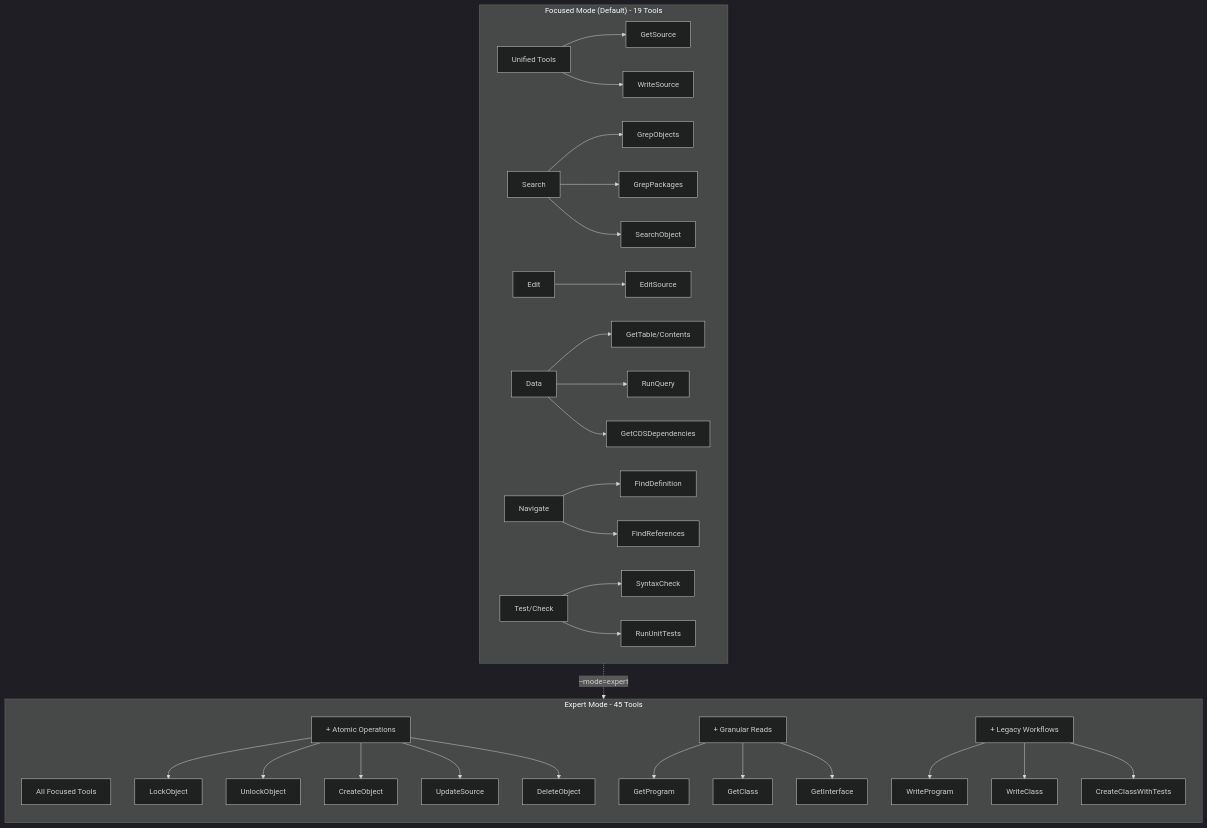
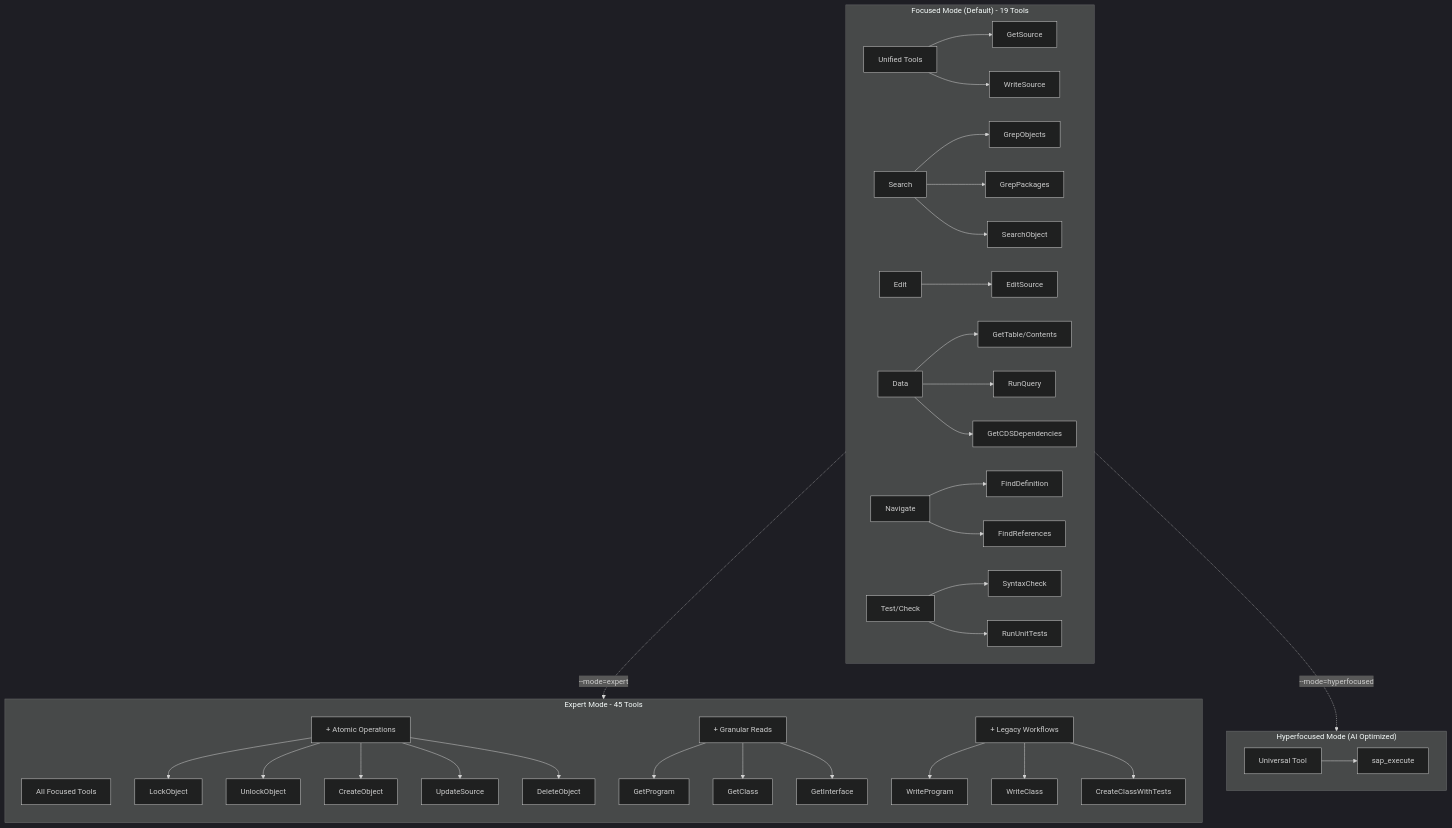
One commit to 5throck/abap_vibe_coding changed the first of 6 diagrams in MCP_USAGE.md. Above: the diagram before and after it, drawn with Mermaid (dark theme). The commit also changed other lines of this file and 13 other files, not shown here.

````diff
--- a/MCP_USAGE.md
+++ b/MCP_USAGE.md
@@ -61,52 +61,58 @@
 ```mermaid
 flowchart TD
     subgraph Focused["Focused Mode (Default) - 19 Tools"]
         U[Unified Tools]
         U --> GS[GetSource]
         U --> WS[WriteSource]
 
         S[Search]
         S --> GO[GrepObjects]
         S --> GP[GrepPackages]
         S --> SO[SearchObject]
 
         E[Edit]
         E --> ES[EditSource]
 
         D[Data]
         D --> GT[GetTable/Contents]
         D --> RQ[RunQuery]
         D --> CD[GetCDSDependencies]
 
         N[Navigate]
         N --> FD[FindDefinition]
         N --> FR[FindReferences]
 
         T[Test/Check]
         T --> SC[SyntaxCheck]
         T --> UT[RunUnitTests]
     end
 
     subgraph Expert["Expert Mode - 45 Tools"]
         direction TB
         F[All Focused Tools]
         A[+ Atomic Operations]
         A --> LO[LockObject]
         A --> UO[UnlockObject]
         A --> CO[CreateObject]
         A --> US[UpdateSource]
         A --> DO[DeleteObject]
 
         G[+ Granular Reads]
         G --> GP2[GetProgram]
         G --> GC[GetClass]
         G --> GI[GetInterface]
 
         W[+ Legacy Workflows]
         W --> WP[WriteProgram]
         W --> WC[WriteClass]
         W --> CC[CreateClassWithTests]
     end
 
+    subgraph Hyperfocused["Hyperfocused Mode (AI Optimized)"]
+        U2[Universal Tool]
+        U2 --> SAP[sap_execute]
+    end
+
     Focused -.->|--mode=expert| Expert
+    Focused -.->|--mode=hyperfocused| Hyperfocused
 ```
````
